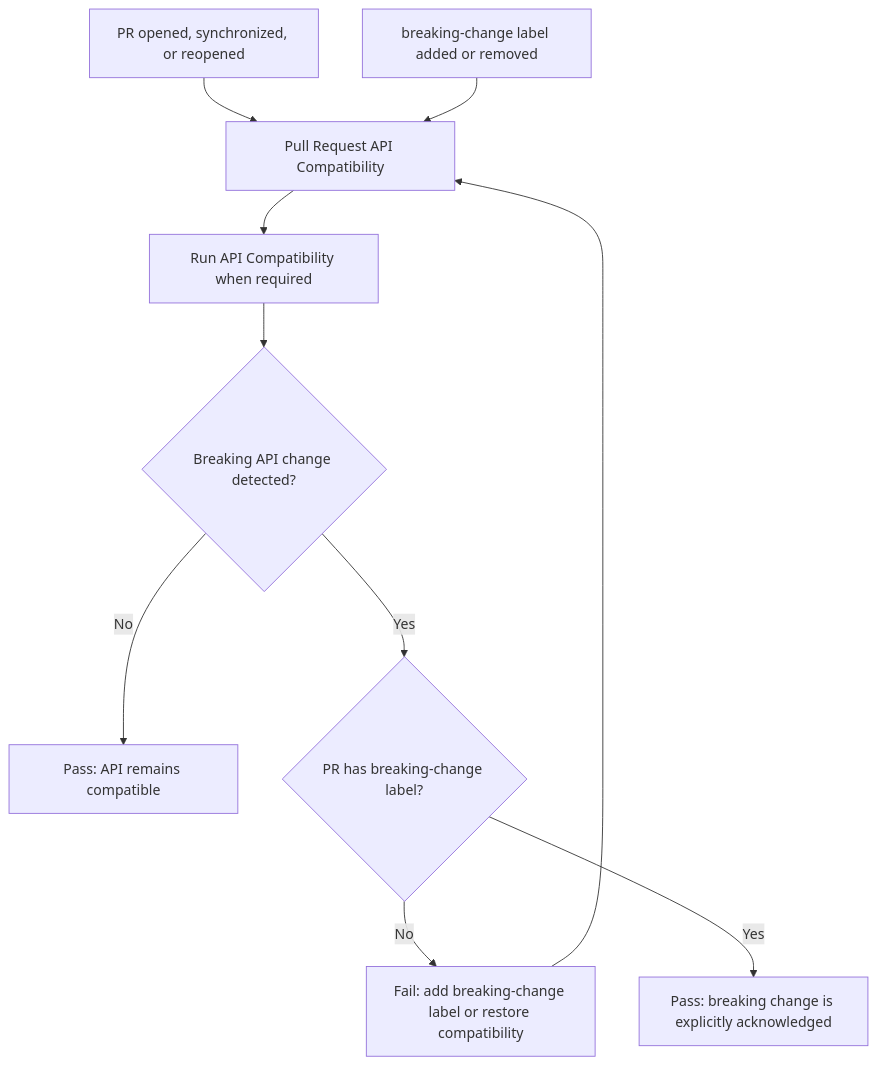
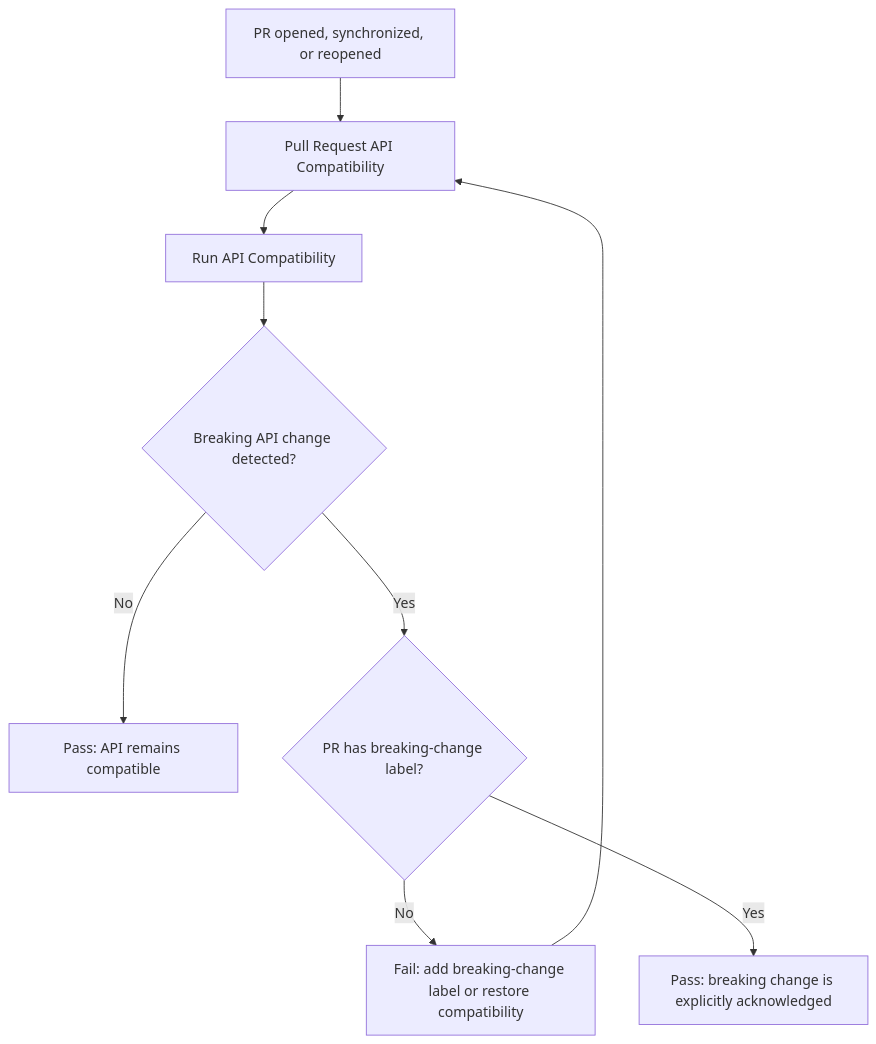
Before and after one commit to HDCharts/charts: the first of 2 diagrams in docs/workflows/api-compatibility.md, drawn with Mermaid. The commit also changed other lines of this file and 5 other files, not shown here.

````diff
--- a/docs/workflows/api-compatibility.md
+++ b/docs/workflows/api-compatibility.md
@@ -10,13 +10,12 @@
 ```mermaid
 flowchart TD
   A["PR opened, synchronized, or reopened"] --> B["Pull Request API Compatibility"]
-  L["breaking-change label added or removed"] --> B
-  B --> C["Run API Compatibility when required"]
+  B --> C["Run API Compatibility"]
   C --> D{"Breaking API change detected?"}
   D -- No --> E["Pass: API remains compatible"]
   D -- Yes --> F{"PR has breaking-change label?"}
   F -- No --> G["Fail: add breaking-change label or restore compatibility"]
   F -- Yes --> H["Pass: breaking change is explicitly acknowledged"]
 
   G --> B
 ```
````
